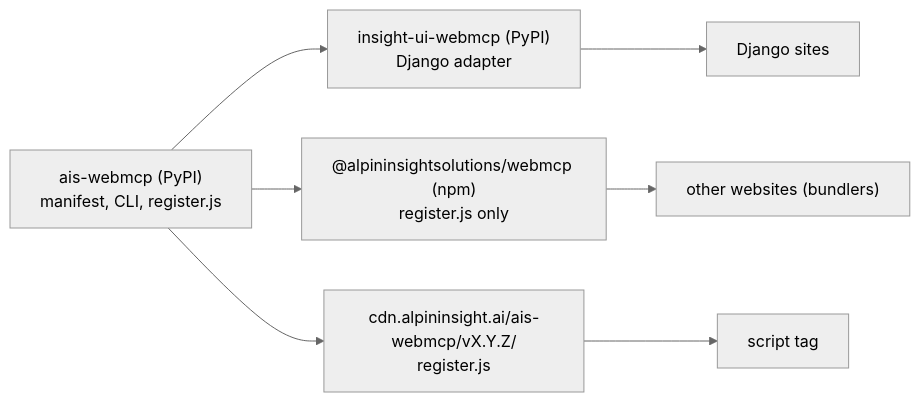
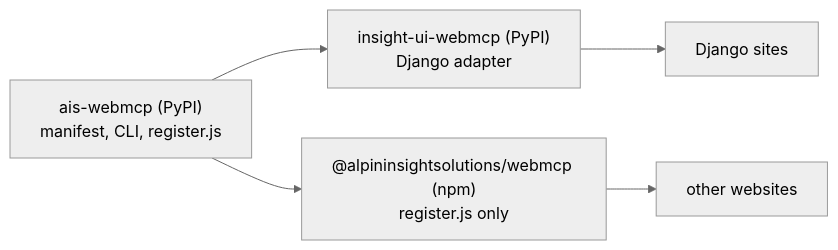
One commit to alpininsight/ais-webmcp changed the diagram in README.md. Above: the diagram before and after it, drawn with Mermaid (neutral theme). The commit also changed other lines of this file and 5 other files, not shown here.

````diff
--- a/README.md
+++ b/README.md
@@ -30,13 +31,10 @@
 ```mermaid
 flowchart LR
   Core["ais-webmcp (PyPI)<br/>manifest, CLI, register.js"]
   Django["insight-ui-webmcp (PyPI)<br/>Django adapter"]
   NPM["@alpininsightsolutions/webmcp (npm)<br/>register.js only"]
-  CDN["cdn.alpininsight.ai/ais-webmcp/vX.Y.Z/<br/>register.js"]
   Core --> Django
   Core --> NPM
-  Core --> CDN
   Django --> S1["Django sites"]
-  NPM --> S2["other websites (bundlers)"]
-  CDN --> S3["script tag"]
+  NPM --> S2["other websites"]
 ```
````
